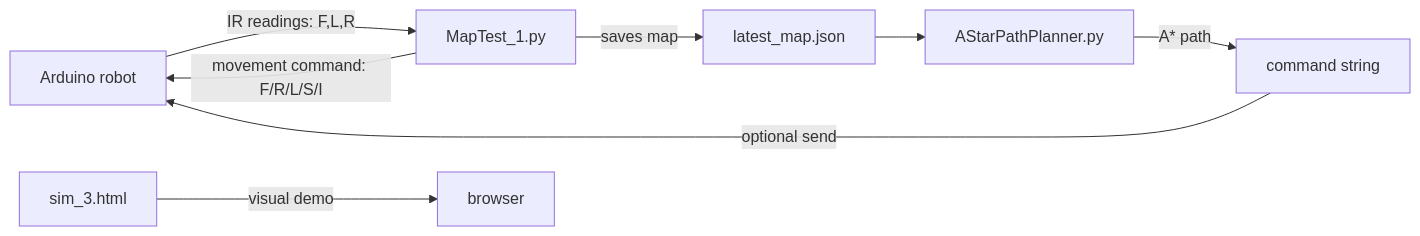
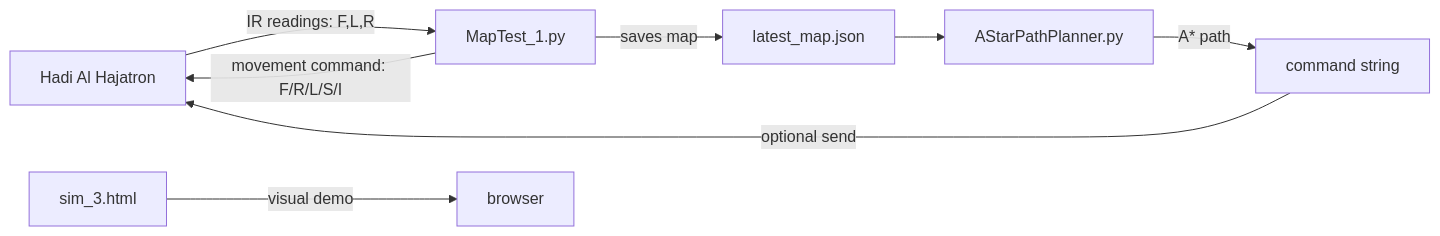
One commit to mohammednafees1007-hub/Hadi-Al-Hajatron changed the first of 2 diagrams in README.md. Above: the diagram before and after it, drawn with Mermaid. The commit also changed other lines of this file, not shown here.

Commit message:
Rename project to Hadi Al Hajatron

````diff
--- a/README.md
+++ b/README.md
@@ -38,10 +38,10 @@
 ```mermaid
 flowchart LR
-    A["Arduino robot"] -->|"IR readings: F,L,R"| B["MapTest_1.py"]
+    A["Hadi Al Hajatron"] -->|"IR readings: F,L,R"| B["MapTest_1.py"]
     B -->|"movement command: F/R/L/S/I"| A
     B -->|"saves map"| C["latest_map.json"]
     C --> D["AStarPathPlanner.py"]
     D -->|"A* path"| E["command string"]
     E -->|"optional send"| A
     F["sim_3.html"] -->|"visual demo"| G["browser"]
 ```
````
